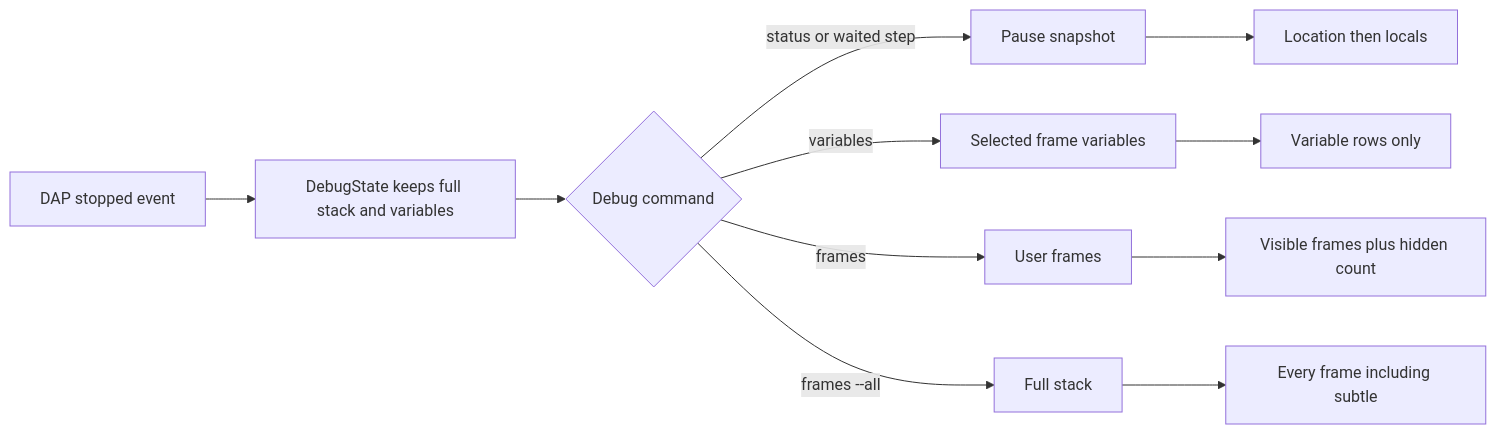
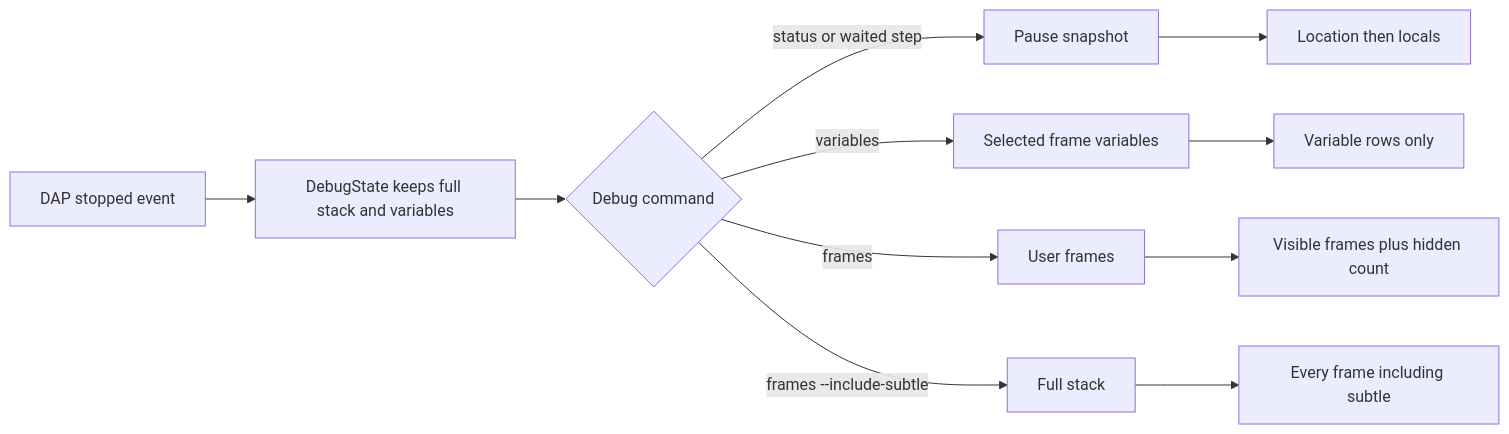
One commit to Black-Rainbow-Labs/Unluminous changed the first of 2 diagrams in tasks/task-1700-debug-replies-tdd.md. Above: the diagram before and after it, drawn with Mermaid. The commit also changed other lines of this file and 1 other file, not shown here.

````diff
--- a/tasks/task-1700-debug-replies-tdd.md
+++ b/tasks/task-1700-debug-replies-tdd.md
@@ -3,13 +3,13 @@
 ```mermaid
 flowchart LR
     A[DAP stopped event] --> B[DebugState keeps full stack and variables]
     B --> C{Debug command}
     C -->|status or waited step| D[Pause snapshot]
     C -->|variables| E[Selected frame variables]
     C -->|frames| F[User frames]
-    C -->|frames --all| G[Full stack]
+    C -->|frames --include-subtle| G[Full stack]
     D --> H[Location then locals]
     E --> I[Variable rows only]
     F --> J[Visible frames plus hidden count]
     G --> K[Every frame including subtle]
 ```
````
